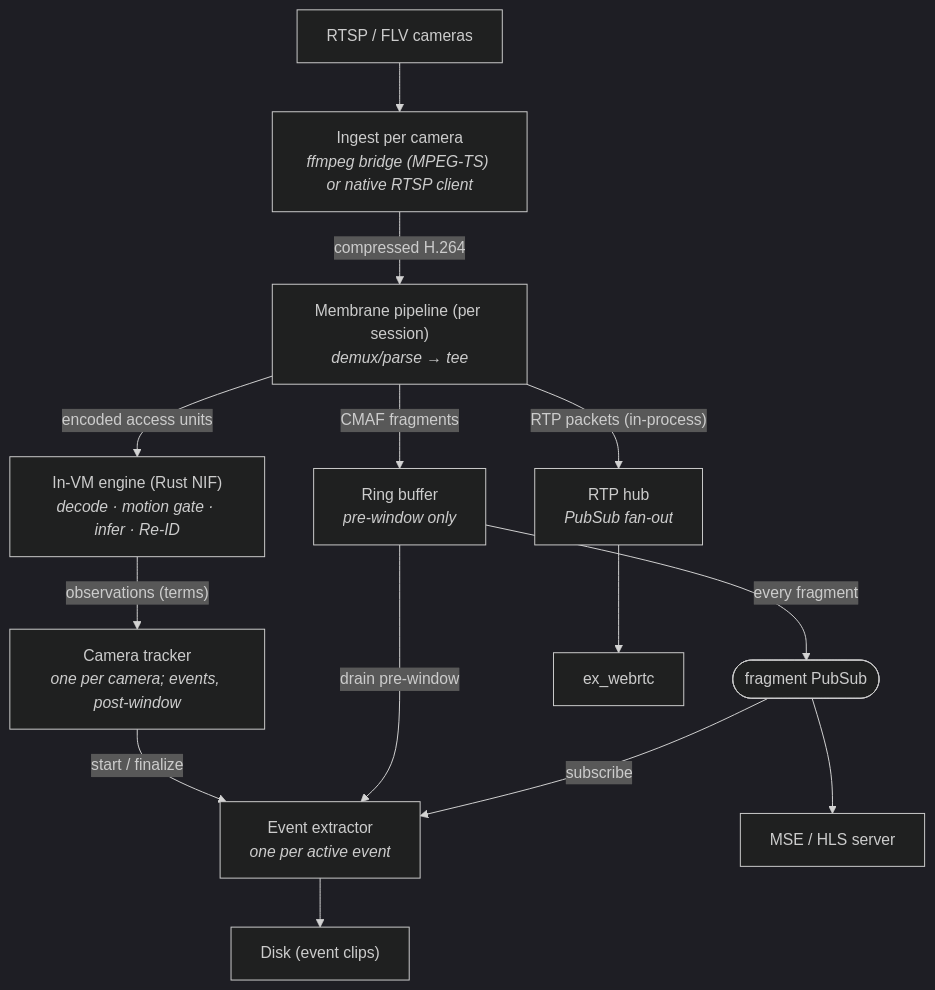
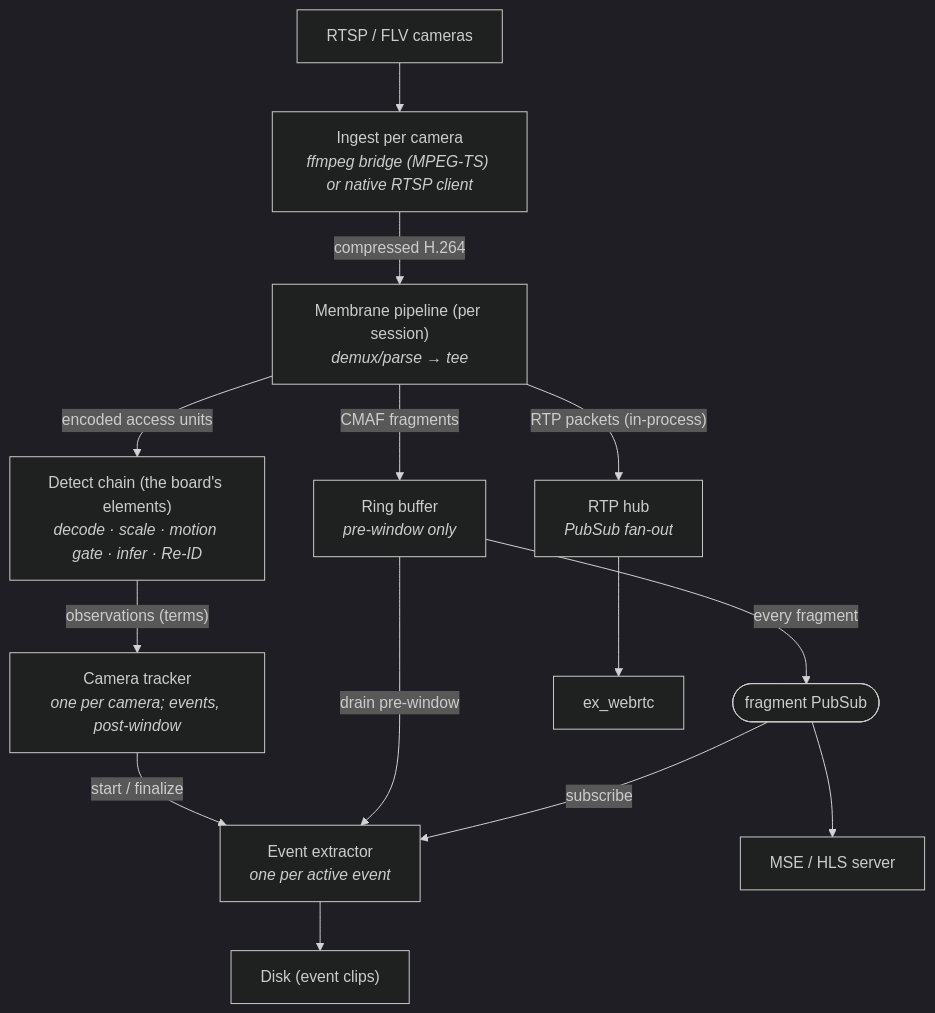
The diagram in docs/architecture.md (bbangert/cairn-nvr), drawn with Mermaid (dark theme) before and after one commit. The commit also changed other lines of this file and 59 other files, not shown here.

````diff
--- a/docs/architecture.md
+++ b/docs/architecture.md
@@ -13,36 +13,36 @@
 ```mermaid
 flowchart TD
   cameras["RTSP / FLV cameras"]
   ingest["Ingest per camera<br/><i>ffmpeg bridge (MPEG-TS) or native RTSP client</i>"]
   pipeline["Membrane pipeline (per session)<br/><i>demux/parse → tee</i>"]
 
   ring["Ring buffer<br/><i>pre-window only</i>"]
   rtphub["RTP hub<br/><i>PubSub fan-out</i>"]
-  native["In-VM engine (Rust NIF)<br/><i>decode · motion gate · infer · Re-ID</i>"]
+  native["Detect chain (the board's elements)<br/><i>decode · scale · motion gate · infer · Re-ID</i>"]
 
   pubsub(["fragment PubSub"])
 
   tracker["Camera tracker<br/><i>one per camera; events, post-window</i>"]
   extractor["Event extractor<br/><i>one per active event</i>"]
 
   mse["MSE / HLS server"]
   disk["Disk (event clips)"]
   webrtc["ex_webrtc"]
 
   cameras --> ingest
   ingest -- "compressed H.264" --> pipeline
   pipeline -- "CMAF fragments" --> ring
   pipeline -- "RTP packets (in-process)" --> rtphub
   pipeline -- "encoded access units" --> native
 
   ring -- "every fragment" --> pubsub
   native -- "observations (terms)" --> tracker
 
   tracker -- "start / finalize" --> extractor
   ring -- "drain pre-window" --> extractor
   pubsub -- "subscribe" --> extractor
 
   pubsub --> mse
   extractor --> disk
   rtphub --> webrtc
 ```
````
